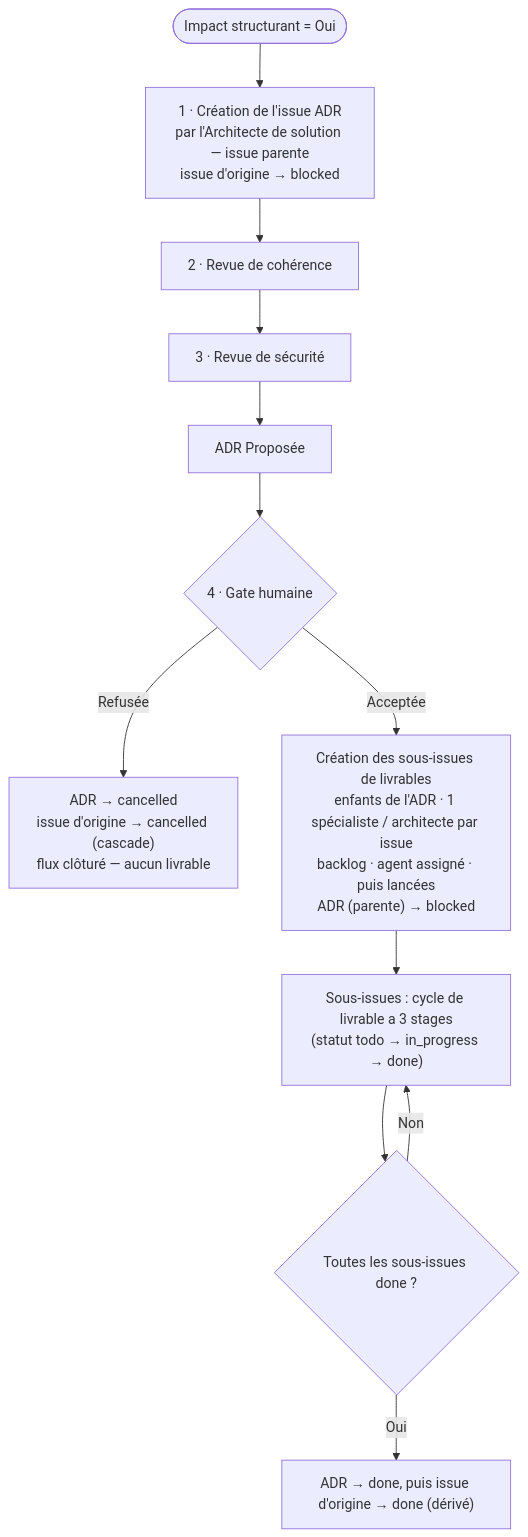
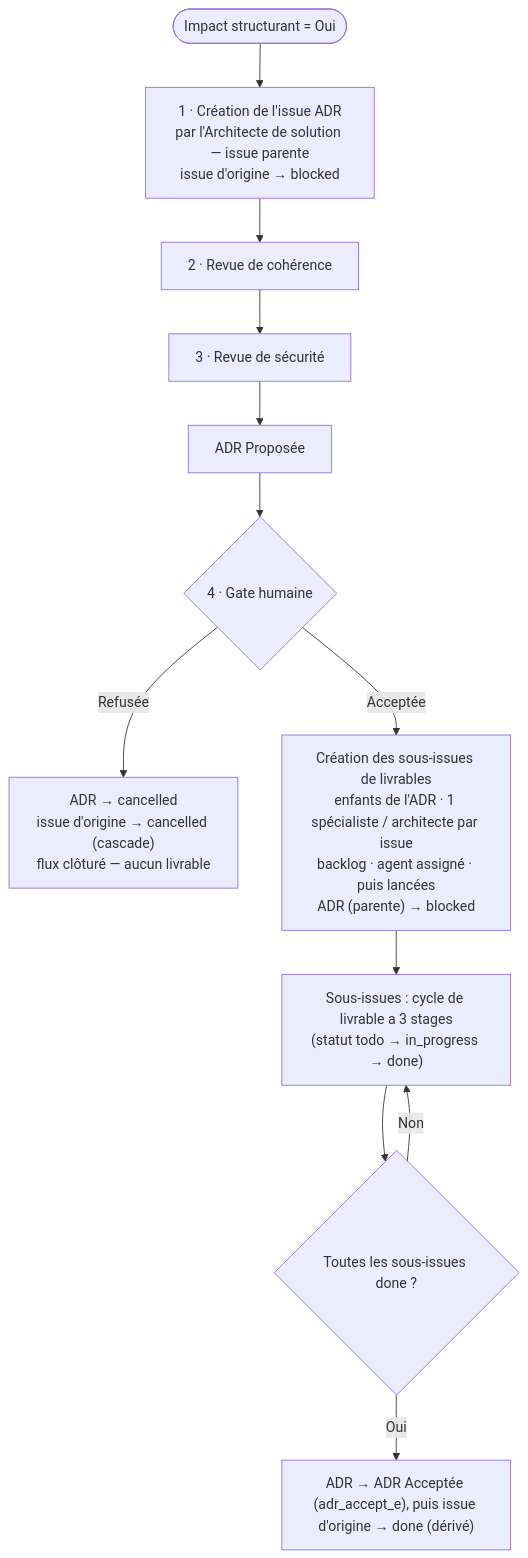
One commit to Gsyltc/homelab-portfolio changed the diagram in core/common/stages/inception/deliverables-breakdown.md. Above: the diagram before and after it, drawn with Mermaid. The commit also changed other lines of this file and 3 other files, not shown here.

First line of the commit message:
core(adr): clôture dérivée de l'issue ADR → statut ADR Acceptée (#249)

````diff
--- a/core/common/stages/inception/deliverables-breakdown.md
+++ b/core/common/stages/inception/deliverables-breakdown.md
@@ -49,14 +49,14 @@
 ```mermaid
 flowchart TD
     Start([Impact structurant = Oui]) --> A1
     A1["1 · Création de l'issue ADR<br/>par l'Architecte de solution — issue parente<br/>issue d'origine → blocked"] --> A2
     A2["2 · Revue de cohérence"] --> A3
     A3["3 · Revue de sécurité"] --> Prop["ADR Proposée"]
     Prop --> Gate{"4 · Gate humaine"}
     Gate -->|Refusée| KO["ADR → cancelled<br/>issue d'origine → cancelled (cascade)<br/>flux clôturé — aucun livrable"]
     Gate -->|Acceptée| Issues["Création des sous-issues de livrables<br/>enfants de l'ADR · 1 spécialiste / architecte par issue<br/>backlog · agent assigné · puis lancées<br/>ADR (parente) → blocked"]
     Issues --> Run["Sous-issues : cycle de livrable a 3 stages<br/>(statut todo → in_progress → done)"]
     Run --> Check{"Toutes les sous-issues done ?"}
     Check -->|Non| Run
-    Check -->|Oui| Done["ADR → done, puis issue d'origine → done (dérivé)"]
+    Check -->|Oui| Done["ADR → ADR Acceptée (adr_accept_e), puis issue d'origine → done (dérivé)"]
 ```
````
